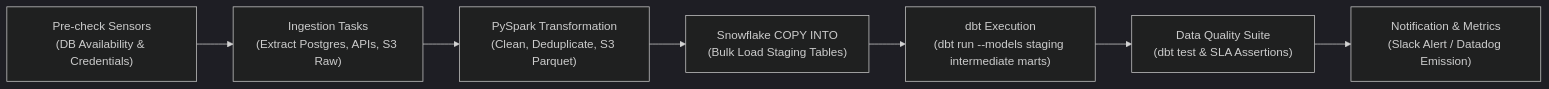
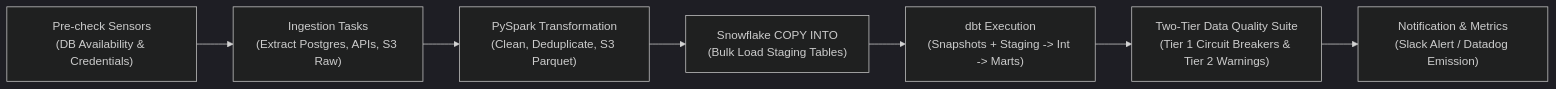
The second of 2 diagrams in README.md (taha-shabaan/saudi-ecommerce-data-platform), drawn with Mermaid (dark theme) before and after one commit. The commit also changed other lines of this file, not shown here.

````diff
--- a/README.md
+++ b/README.md
@@ -246,9 +246,9 @@
 ```mermaid
 flowchart LR
     A["Pre-check Sensors<br/>(DB Availability & Credentials)"] --> B["Ingestion Tasks<br/>(Extract Postgres, APIs, S3 Raw)"]
     B --> C["PySpark Transformation<br/>(Clean, Deduplicate, S3 Parquet)"]
     C --> D["Snowflake COPY INTO<br/>(Bulk Load Staging Tables)"]
-    D --> E["dbt Execution<br/>(dbt run --models staging intermediate marts)"]
-    E --> F["Data Quality Suite<br/>(dbt test & SLA Assertions)"]
+    D --> E["dbt Execution<br/>(Snapshots + Staging -> Int -> Marts)"]
+    E --> F["Two-Tier Data Quality Suite<br/>(Tier 1 Circuit Breakers & Tier 2 Warnings)"]
     F --> G["Notification & Metrics<br/>(Slack Alert / Datadog Emission)"]
 ```
````
